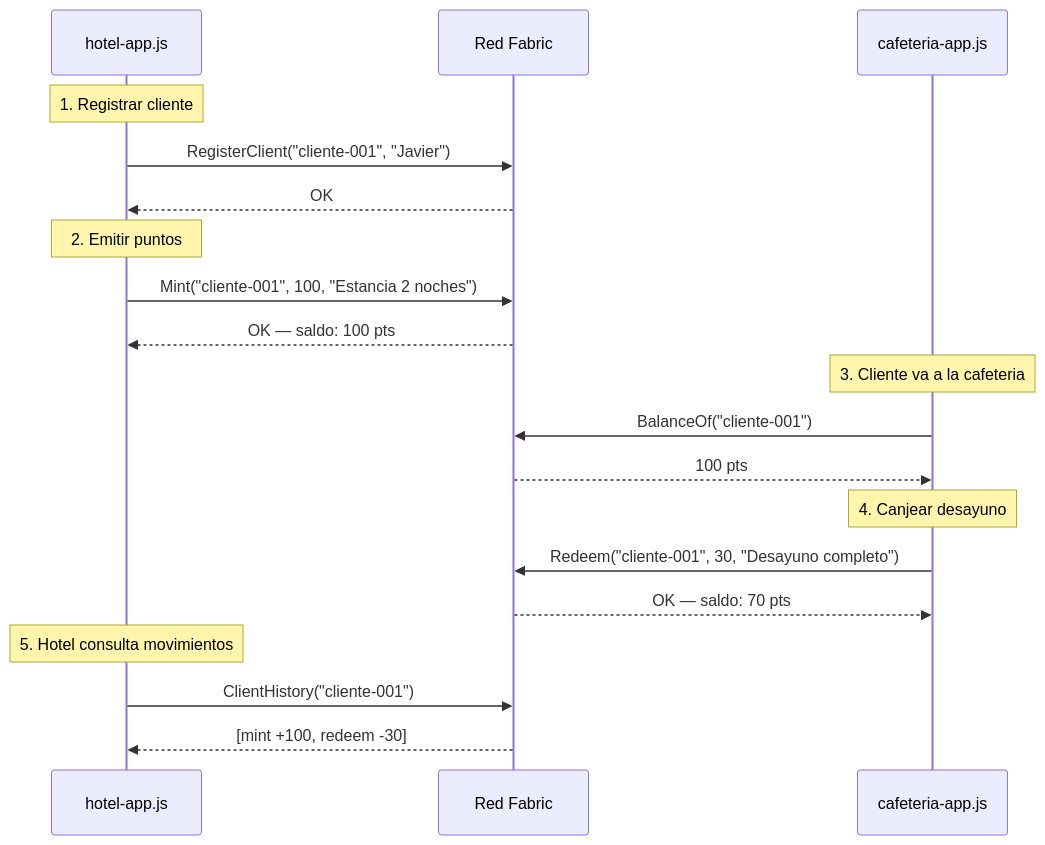
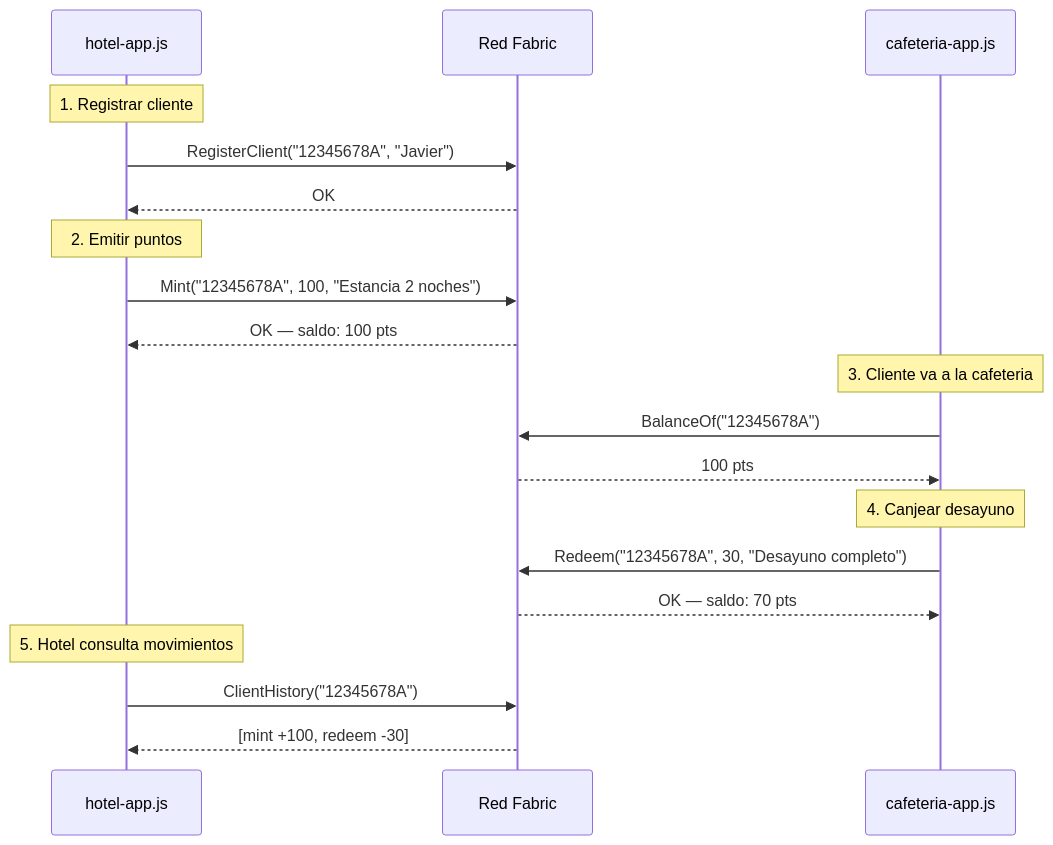
The second of 2 diagrams in docs/modulo-6/05-aplicacion-cliente.md (jjnieto/fabric), drawn with Mermaid before and after one commit. The commit also changed other lines of this file and 4 other files, not shown here.

````diff
--- a/docs/modulo-6/05-aplicacion-cliente.md
+++ b/docs/modulo-6/05-aplicacion-cliente.md
@@ -475,26 +475,26 @@
 ```mermaid
 sequenceDiagram
     participant H as hotel-app.js
     participant F as Red Fabric
     participant C as cafeteria-app.js
 
     Note over H: 1. Registrar cliente
-    H->>F: RegisterClient("cliente-001", "Javier")
+    H->>F: RegisterClient("12345678A", "Javier")
     F-->>H: OK
 
     Note over H: 2. Emitir puntos
-    H->>F: Mint("cliente-001", 100, "Estancia 2 noches")
+    H->>F: Mint("12345678A", 100, "Estancia 2 noches")
     F-->>H: OK — saldo: 100 pts
 
     Note over C: 3. Cliente va a la cafeteria
-    C->>F: BalanceOf("cliente-001")
+    C->>F: BalanceOf("12345678A")
     F-->>C: 100 pts
 
     Note over C: 4. Canjear desayuno
-    C->>F: Redeem("cliente-001", 30, "Desayuno completo")
+    C->>F: Redeem("12345678A", 30, "Desayuno completo")
     F-->>C: OK — saldo: 70 pts
 
     Note over H: 5. Hotel consulta movimientos
-    H->>F: ClientHistory("cliente-001")
+    H->>F: ClientHistory("12345678A")
     F-->>H: [mint +100, redeem -30]
 ```
````
